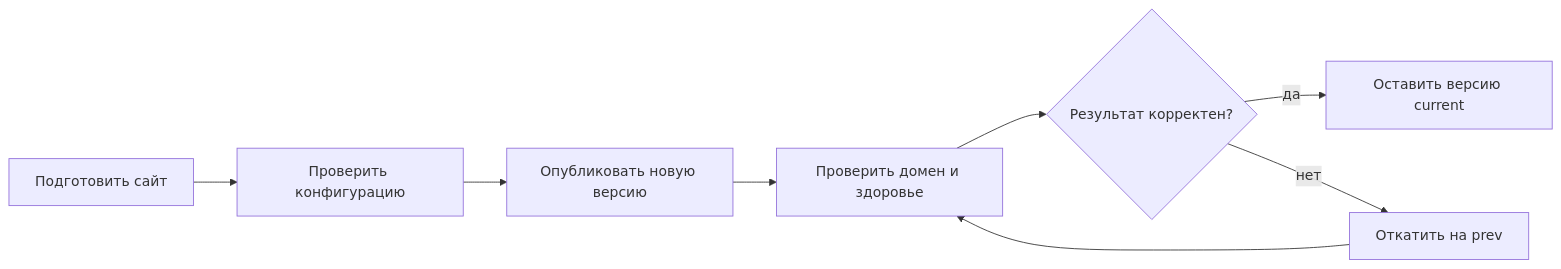
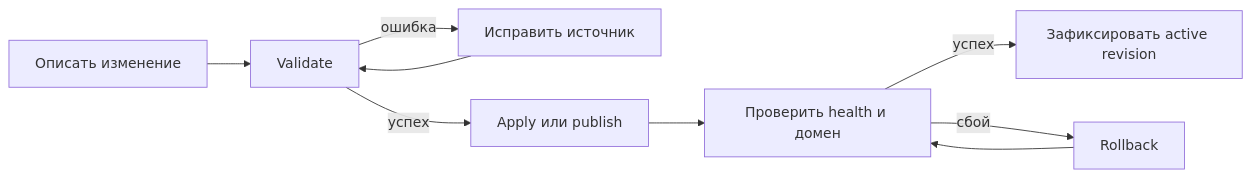
One commit to Liapoldus/liapoldus.github.io changed the diagram in product/user-experience.md. Above: the diagram before and after it, drawn with Mermaid. The commit also changed other lines of this file and 6 other files, not shown here.

First line of the commit message:
docs: один канон IPC (protocol.md); contract сведён к стубу; переписаны architecture и product

````diff
--- a/product/user-experience.md
+++ b/product/user-experience.md
@@ -9,10 +14,11 @@
 ```mermaid
 flowchart LR
-    A[Подготовить сайт] --> B[Проверить конфигурацию]
-    B --> C[Опубликовать новую версию]
-    C --> D[Проверить домен и здоровье]
-    D --> E{Результат корректен?}
-    E -->|да| F[Оставить версию current]
-    E -->|нет| G[Откатить на prev]
-    G --> D
+    A[Описать изменение] --> B[Validate]
+    B -->|ошибка| C[Исправить источник]
+    C --> B
+    B -->|успех| D[Apply или publish]
+    D --> E[Проверить health и домен]
+    E -->|успех| F[Зафиксировать active revision]
+    E -->|сбой| G[Rollback]
+    G --> E
 ```
````
